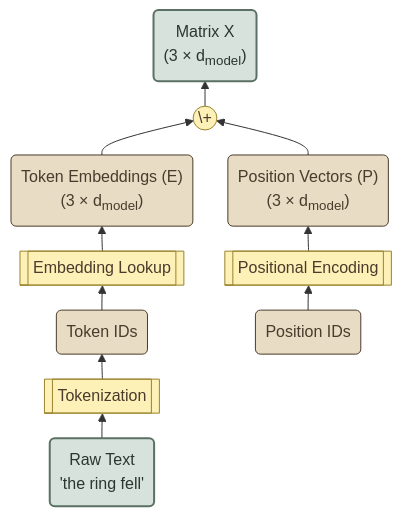
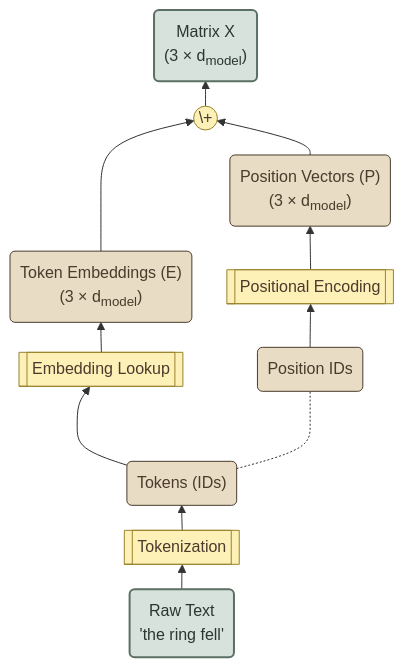
The second of 2 diagrams in src/module-01.qmd (manhowong/transformer-walkthrough), drawn with Mermaid before and after one commit. The commit also changed other lines of this file, not shown here.

Commit message:
updated ch1

````diff
--- a/src/module-01.qmd
+++ b/src/module-01.qmd
@@ -212,40 +212,44 @@
 ```{mermaid}
 ---
-config: 
+config:
   themeVariables:
     fontFamily: "monospace"
   flowchart:
     nodeSpacing: 35
     rankSpacing: 25
     padding: 10
 ---
 flowchart BT
     A("Raw Text<br>'the ring fell'")
     B[["Tokenization"]]
-    C("Token IDs<br>")
+    C("Tokens (IDs)<br>")
     D[["Embedding Lookup"]]
     E("Token Embeddings (E)<br>(3 × d<sub>model</sub>)")
     F("Position IDs<br>")
     G[["Positional Encoding"]]
     H("Position Vectors (P)<br>(3 × d<sub>model</sub>)")
     I(("\+"))
     J("Matrix X<br>(3 × d<sub>model</sub>)")
 
     A --> B --> C --> D --> E --> I
+    C ~~~ Dummy[ ] ~~~ D 
     F --> G --> H --> I
     I --> J
+    C -..- F
     
     style A fill:#d8e2dc,stroke:#5b7065,color:#2a3630,stroke-width:2px
     style J fill:#d8e2dc,stroke:#5b7065,color:#2a3630,stroke-width:2px
     
     style B fill:#fdf1b8,stroke:#9a832d,color:#4a3b2c
     style D fill:#fdf1b8,stroke:#9a832d,color:#4a3b2c
     style G fill:#fdf1b8,stroke:#9a832d,color:#4a3b2c
     style I fill:#fdf1b8,stroke:#9a832d,color:#4a3b2c
    
     style C fill:#e8dcc4,stroke:#4a3b2c,color:#4a3b2c
     style E fill:#e8dcc4,stroke:#4a3b2c,color:#4a3b2c
     style F fill:#e8dcc4,stroke:#4a3b2c,color:#4a3b2c
     style H fill:#e8dcc4,stroke:#4a3b2c,color:#4a3b2c
+    
+    style Dummy fill:transparent,stroke:transparent
 
 ```
````
